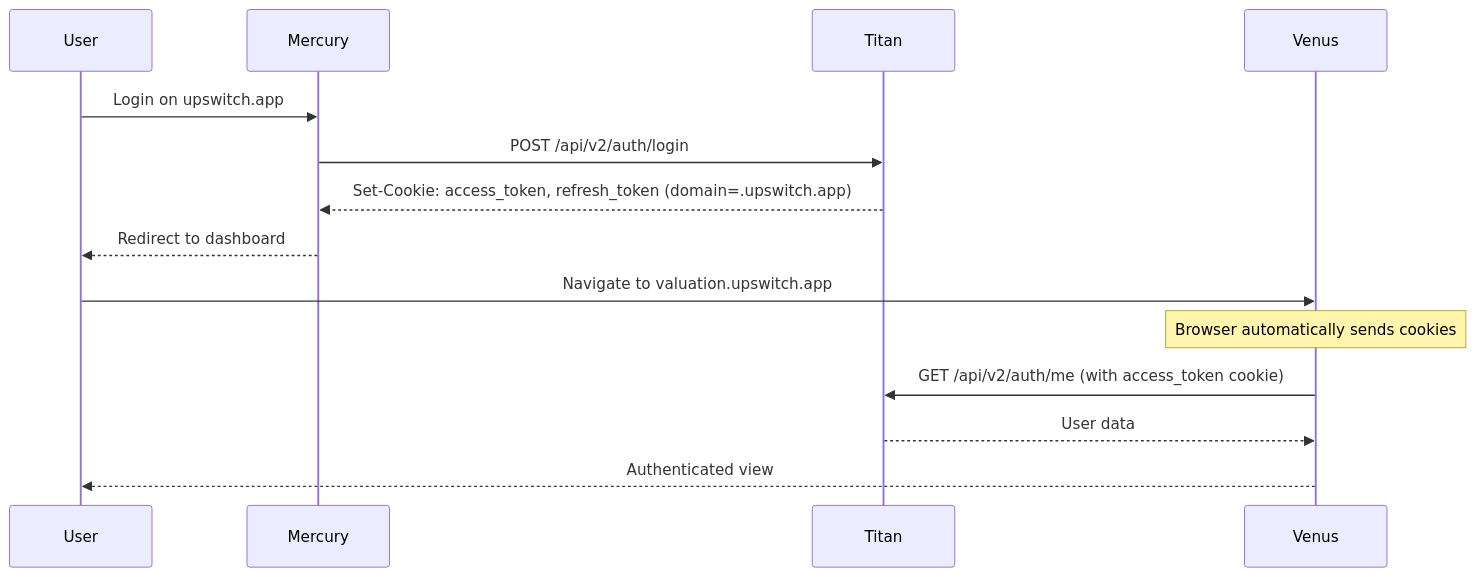
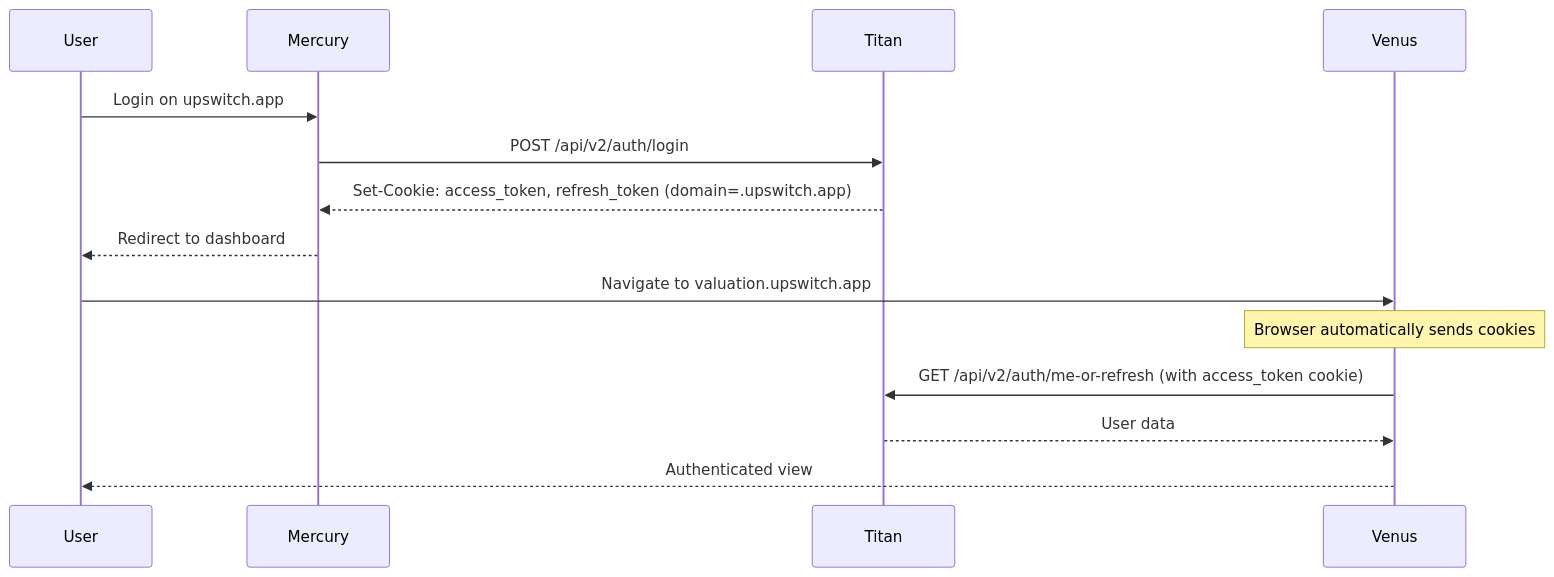
The second of 5 diagrams in docs/VENUS_AUTHENTICATION.md (UpswitchEU/venus), drawn with Mermaid before and after one commit. The commit also changed other lines of this file and 435 other files, not shown here.

````diff
--- a/docs/VENUS_AUTHENTICATION.md
+++ b/docs/VENUS_AUTHENTICATION.md
@@ -69,18 +69,18 @@
 ```mermaid
 sequenceDiagram
     participant User
     participant Mercury
     participant Titan
     participant Venus
 
     User->>Mercury: Login on upswitch.app
     Mercury->>Titan: POST /api/v2/auth/login
     Titan-->>Mercury: Set-Cookie: access_token, refresh_token (domain=.upswitch.app)
     Mercury-->>User: Redirect to dashboard
 
     User->>Venus: Navigate to valuation.upswitch.app
     Note over Venus: Browser automatically sends cookies
-    Venus->>Titan: GET /api/v2/auth/me (with access_token cookie)
+    Venus->>Titan: GET /api/v2/auth/me-or-refresh (with access_token cookie)
     Titan-->>Venus: User data
     Venus-->>User: Authenticated view
 ```
````
